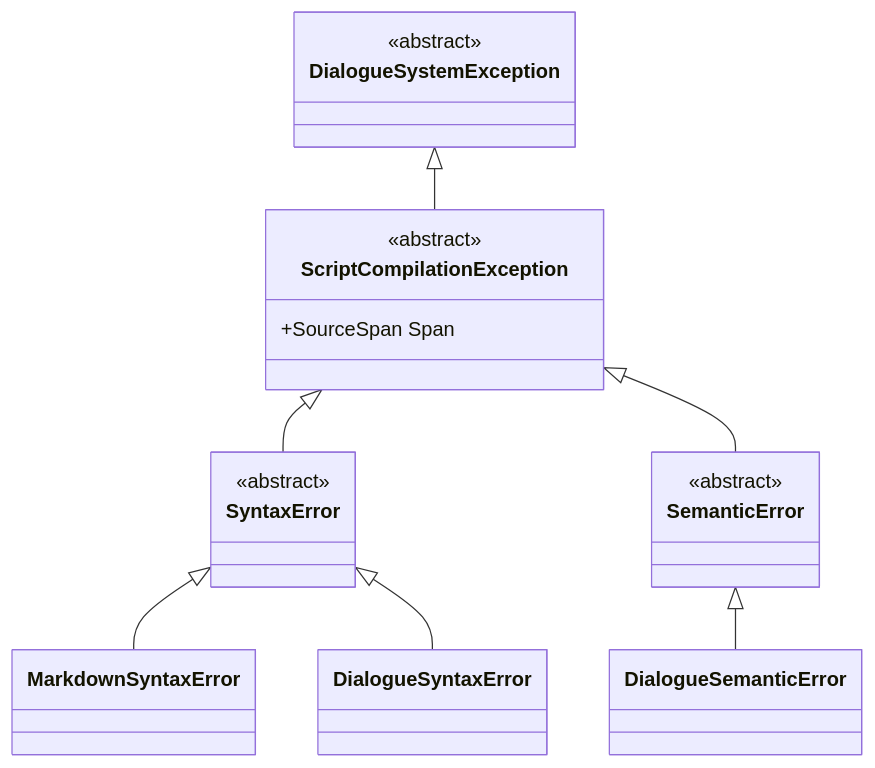
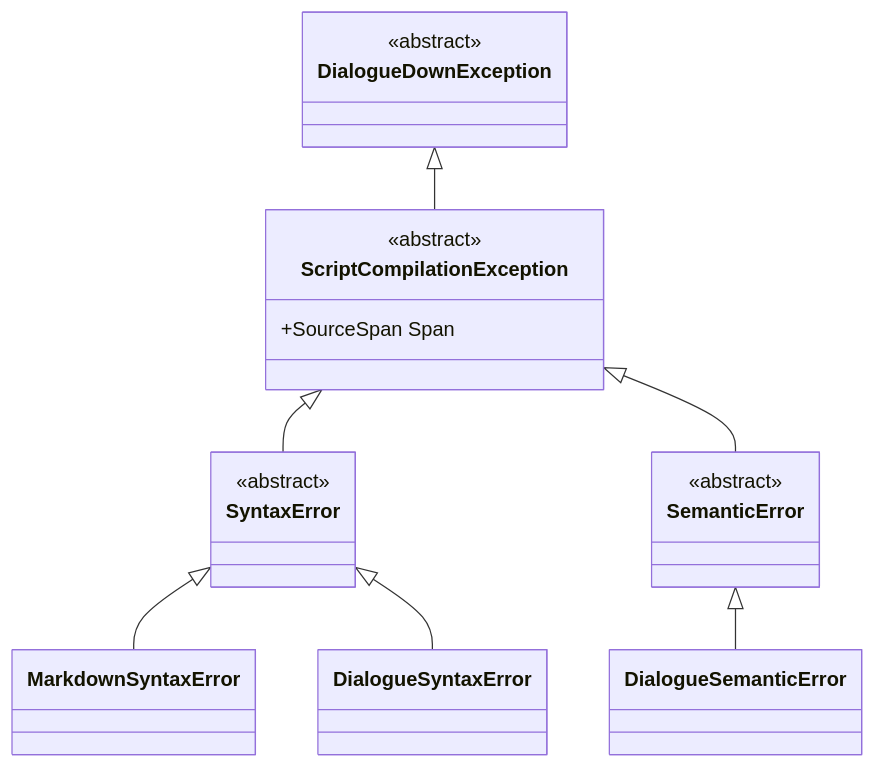
The diagram in docs/Implementation Notes/README.md (pengzhengyi/godot-dialoguedown), drawn with Mermaid before and after one commit. The commit also changed other lines of this file and 155 other files, not shown here.

First line of the commit message:
refactor: rename library to DialogueDown (#5)

````diff
--- a/docs/Implementation Notes/README.md
+++ b/docs/Implementation Notes/README.md
@@ -64,26 +64,26 @@
 ```mermaid
 classDiagram
-    class DialogueSystemException {
+    class DialogueDownException {
         <<abstract>>
     }
     class ScriptCompilationException {
         <<abstract>>
         +SourceSpan Span
     }
     class SyntaxError {
         <<abstract>>
     }
     class SemanticError {
         <<abstract>>
     }
     class MarkdownSyntaxError
     class DialogueSyntaxError
     class DialogueSemanticError
 
-    DialogueSystemException <|-- ScriptCompilationException
+    DialogueDownException <|-- ScriptCompilationException
     ScriptCompilationException <|-- SyntaxError
     ScriptCompilationException <|-- SemanticError
     SyntaxError <|-- MarkdownSyntaxError
     SyntaxError <|-- DialogueSyntaxError
     SemanticError <|-- DialogueSemanticError
 ```
````
